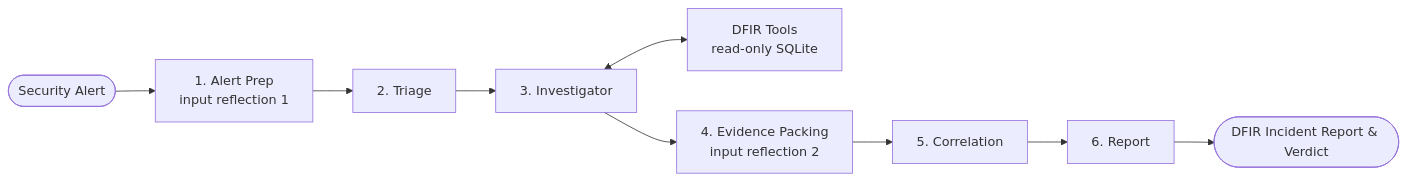
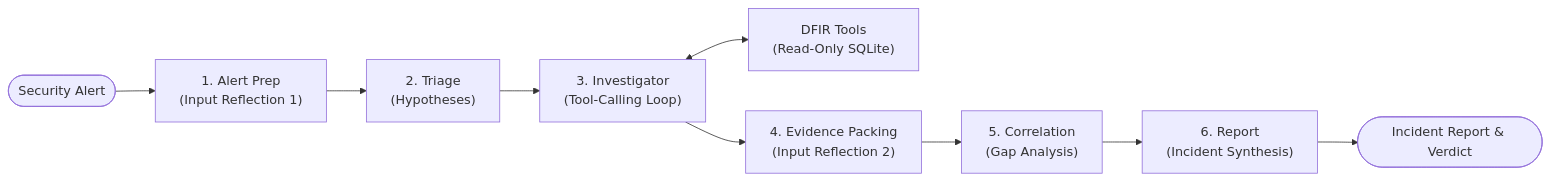
The diagram in README.md (asaptanishq/Agentic-ai-investigator-for-endpoint-logs), drawn with Mermaid before and after one commit. The commit also changed other lines of this file, not shown here.

````diff
--- a/README.md
+++ b/README.md
@@ -28,11 +25,11 @@
 ```mermaid
 flowchart LR
-    Alert([Security Alert]) --> PREP["1. Alert Prep<br/>input reflection 1"]
-    PREP --> TRIAGE["2. Triage"]
-    TRIAGE --> INV["3. Investigator"]
-    INV <--> TOOLS["DFIR Tools<br/>read-only SQLite"]
-    INV --> PACK["4. Evidence Packing<br/>input reflection 2"]
-    PACK --> CORR["5. Correlation"]
-    CORR --> REPORT["6. Report"]
-    REPORT --> Verdict([DFIR Incident Report & Verdict])
+    Alert([Security Alert]) --> PREP["1. Alert Prep<br/>(Input Reflection 1)"]
+    PREP --> TRIAGE["2. Triage<br/>(Hypotheses)"]
+    TRIAGE --> INV["3. Investigator<br/>(Tool-Calling Loop)"]
+    INV <--> TOOLS["DFIR Tools<br/>(Read-Only SQLite)"]
+    INV --> PACK["4. Evidence Packing<br/>(Input Reflection 2)"]
+    PACK --> CORR["5. Correlation<br/>(Gap Analysis)"]
+    CORR --> REPORT["6. Report<br/>(Incident Synthesis)"]
+    REPORT --> Verdict([Incident Report & Verdict])
 ```
````
